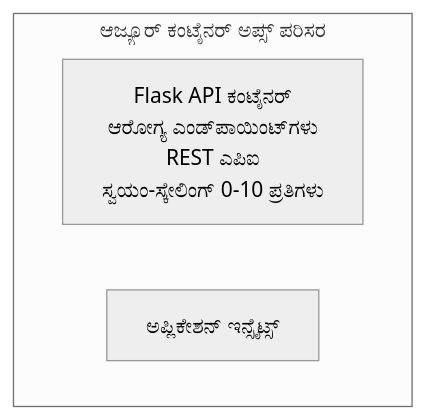
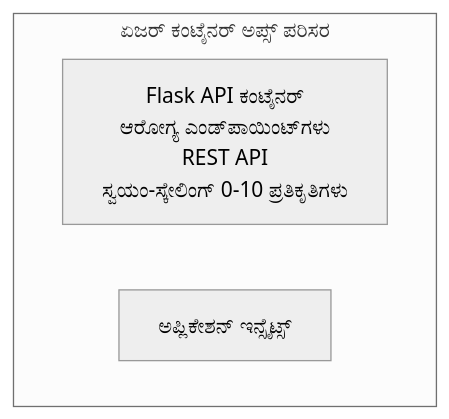
The diagram in translations/kn/examples/container-app/simple-flask-api/README.md (microsoft/AZD-for-beginners), drawn with Mermaid (neutral theme) before and after one commit. The commit also changed other lines of this file and 104 other files, not shown here.

````diff
--- a/translations/kn/examples/container-app/simple-flask-api/README.md
+++ b/translations/kn/examples/container-app/simple-flask-api/README.md
@@ -26,7 +26,7 @@
 ```mermaid
 graph TD
-    subgraph ACA[ಆಜ್ಯೂರ್ ಕಂಟೈನರ್ ಅಪ್ಸ್ ಪರಿಸರ]
-        Flask[Flask API ಕಂಟೈನರ್<br/>ಆರೋಗ್ಯ ಎಂಡ್‌ಪಾಯಿಂಟ್‌ಗಳು<br/>REST ಎಪಿಐ<br/>ಸ್ವಯಂ-ಸ್ಕೇಲಿಂಗ್ 0-10 ಪ್ರತಿಗಳು]
+    subgraph ACA[ಏಜರ್ ಕಂಟೈನರ್ ಅಪ್ಸ್ ಪರಿಸರ]
+        Flask[Flask API ಕಂಟೈನರ್<br/>ಆರೋಗ್ಯ ಎಂಡ್‌ಪಾಯಿಂಟ್‌ಗಳು<br/>REST API<br/>ಸ್ವಯಂ-ಸ್ಕೇಲಿಂಗ್ 0-10 ಪ್ರತಿಕೃತಿಗಳು]
         AppInsights[ಅಪ್ಲಿಕೇಶನ್ ಇನ್ಸೈಟ್ಸ್]
     end
 ```
````
